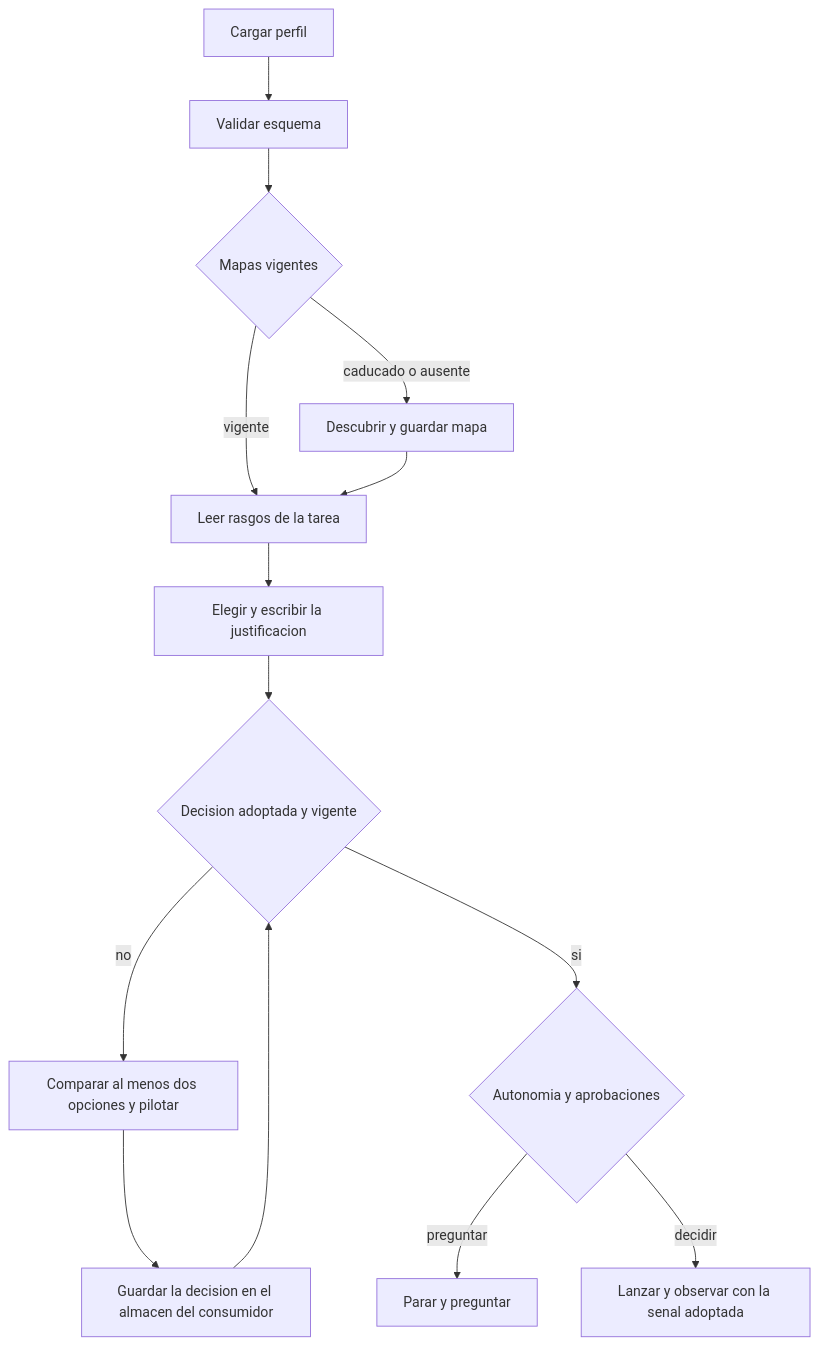
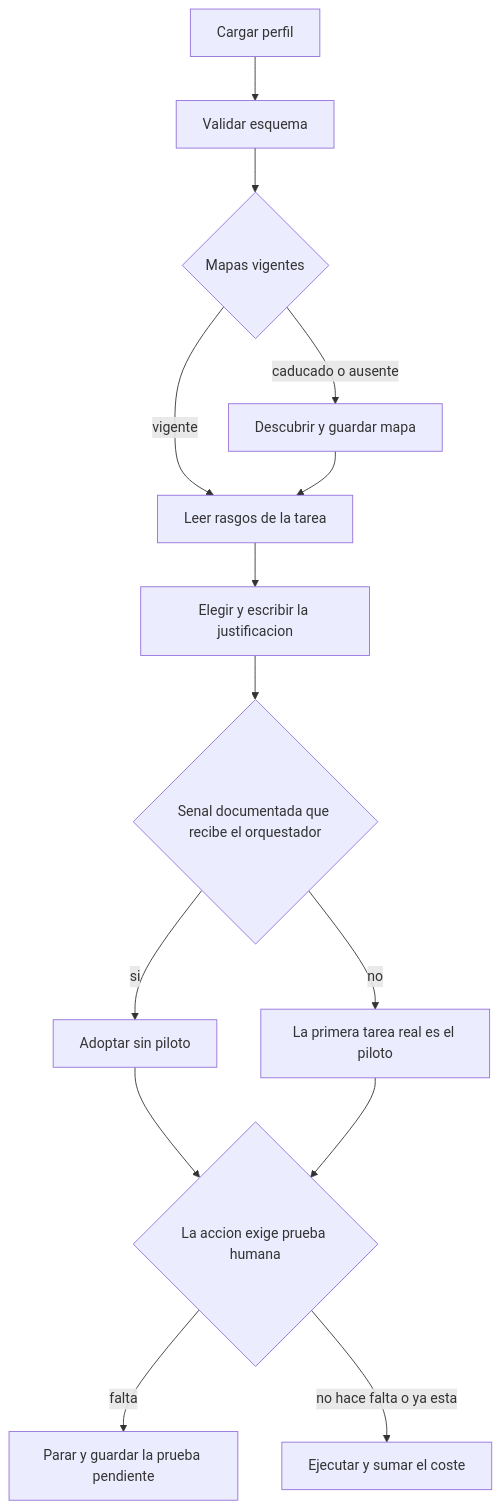
One commit to daniel-saezv/ai-agents-orchestrator changed the diagram in docs/diseno.md. Above: the diagram before and after it, drawn with Mermaid. The commit also changed other lines of this file, not shown here.

````diff
--- a/docs/diseno.md
+++ b/docs/diseno.md
@@ -17,16 +13,16 @@
 ```mermaid
 flowchart TD
   A[Cargar perfil] --> B[Validar esquema]
   B --> C{Mapas vigentes}
   C -->|caducado o ausente| D[Descubrir y guardar mapa]
   C -->|vigente| E[Leer rasgos de la tarea]
   D --> E
   E --> F[Elegir y escribir la justificacion]
-  F --> G{Decision adoptada y vigente}
-  G -->|no| H[Comparar al menos dos opciones y pilotar]
-  H --> I[Guardar la decision en el almacen del consumidor]
-  I --> G
-  G -->|si| J{Autonomia y aprobaciones}
-  J -->|preguntar| K[Parar y preguntar]
-  J -->|decidir| L[Lanzar y observar con la senal adoptada]
+  F --> G{Senal documentada que recibe el orquestador}
+  G -->|si| H[Adoptar sin piloto]
+  G -->|no| I[La primera tarea real es el piloto]
+  H --> J{La accion exige prueba humana}
+  I --> J
+  J -->|falta| K[Parar y guardar la prueba pendiente]
+  J -->|no hace falta o ya esta| L[Ejecutar y sumar el coste]
 ```
````
